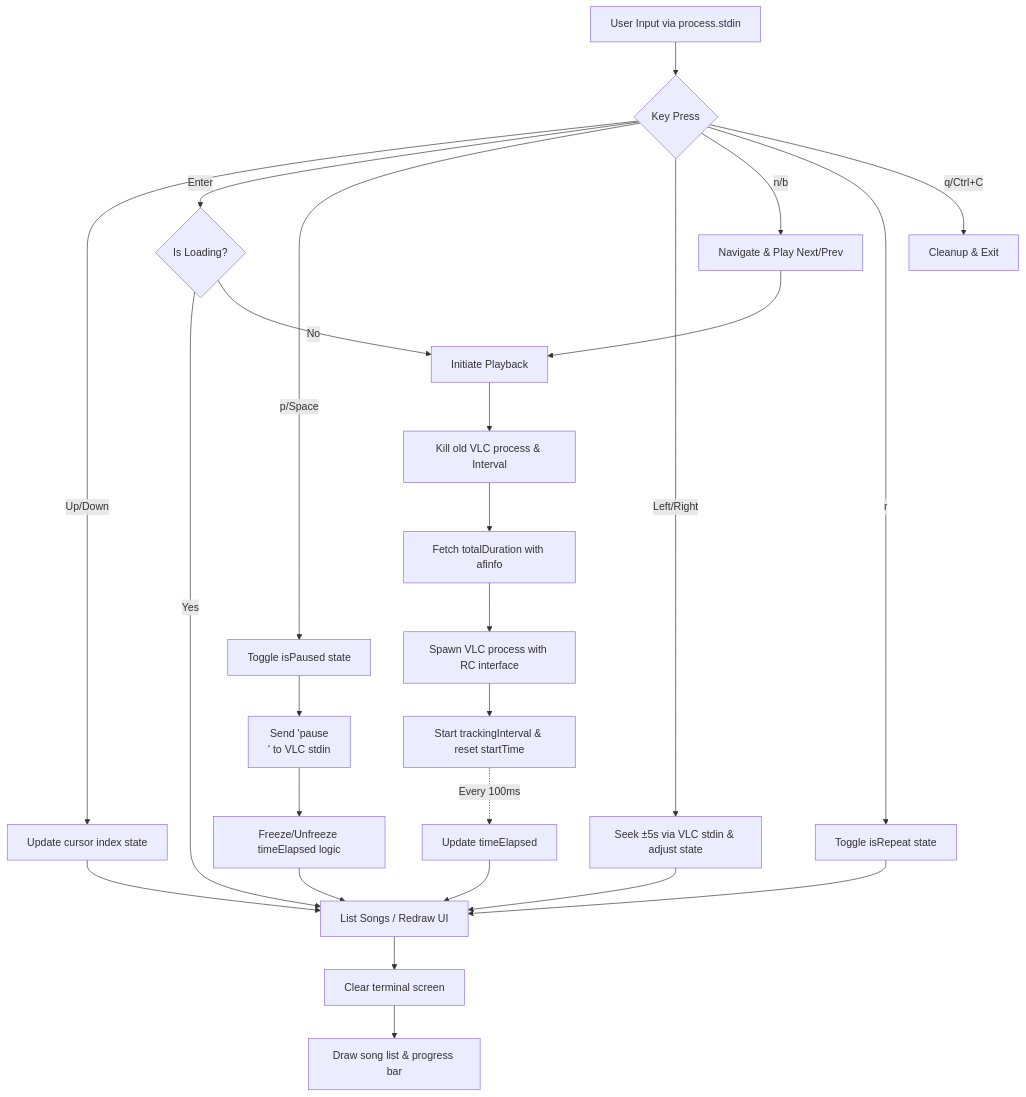
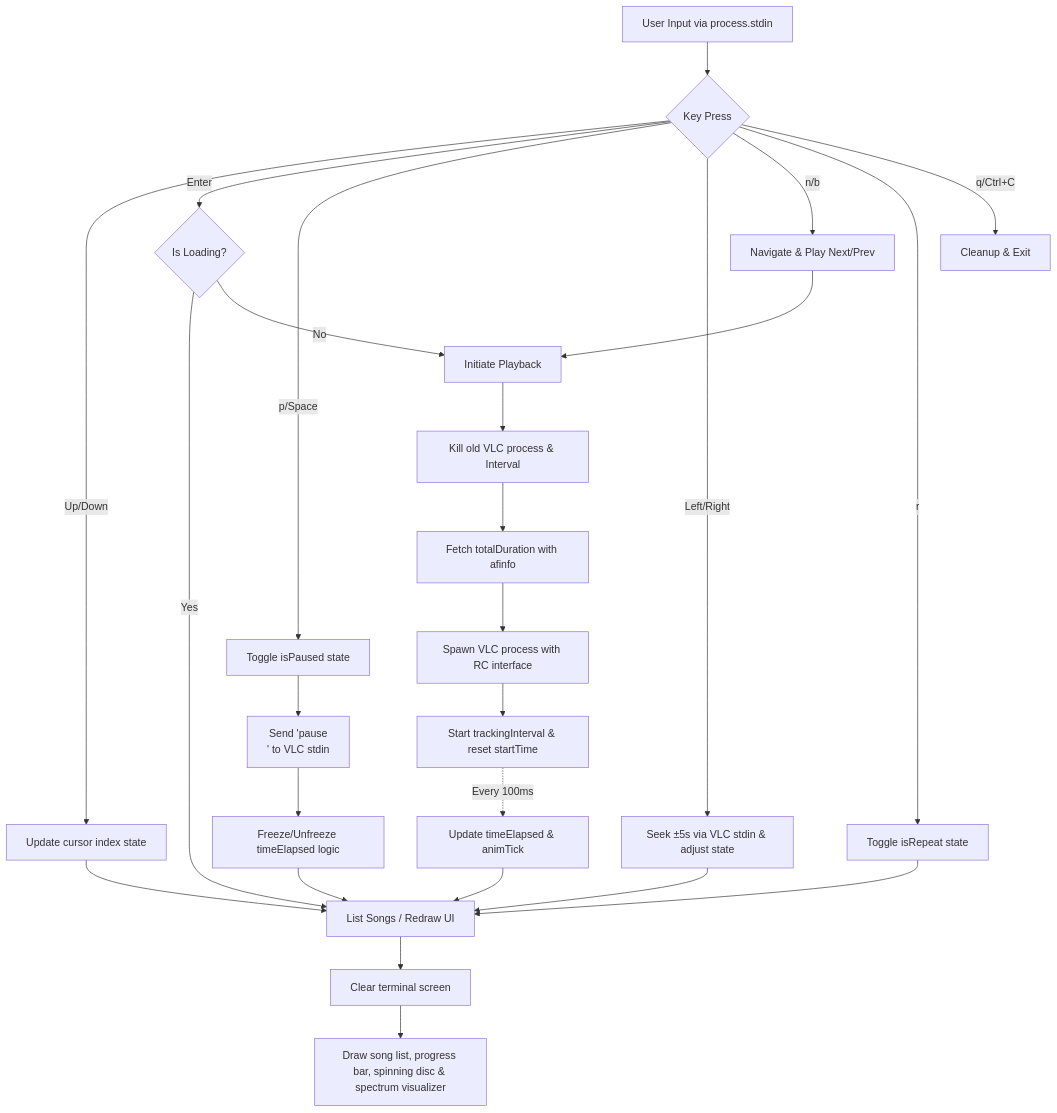
Before and after one commit to nipun1803/CLI_Player: the diagram in AD-5/README.md, drawn with Mermaid. The commit also changed other lines of this file and 1 other file, not shown here.

Commit message:
feat(AD-5): add audio spectrum visualizer and spinning disc animation

````diff
--- a/AD-5/README.md
+++ b/AD-5/README.md
@@ -90,34 +93,34 @@
 ```mermaid
 flowchart TD
     A[User Input via process.stdin] --> B{Key Press}
     
     B -->|Up/Down| C[Update cursor index state]
     B -->|Enter| D{Is Loading?}
     D -->|Yes| G
     D -->|No| D2[Initiate Playback]
     B -->|p/Space| E[Toggle isPaused state]
     B -->|Left/Right| S[Seek ±5s via VLC stdin & adjust state]
     B -->|n/b| NB[Navigate & Play Next/Prev]
     B -->|r| R[Toggle isRepeat state]
     B -->|q/Ctrl+C| F[Cleanup & Exit]
 
     R --> G[List Songs / Redraw UI]
     S --> G
     NB --> D2
     C --> G
     
     D2 --> H[Kill old VLC process & Interval]
     H --> I[Fetch totalDuration with afinfo]
     I --> J[Spawn VLC process with RC interface]
     J --> K[Start trackingInterval & reset startTime]
     
     E --> L[Send 'pause\n' to VLC stdin]
     L --> M[Freeze/Unfreeze timeElapsed logic]
     M --> G
 
-    K -. Every 100ms .-> N[Update timeElapsed]
+    K -. Every 100ms .-> N[Update timeElapsed & animTick]
     N --> G
     
     G --> O[Clear terminal screen]
-    O --> P[Draw song list & progress bar]
+    O --> P[Draw song list, progress bar, spinning disc & spectrum visualizer]
 ```
````
